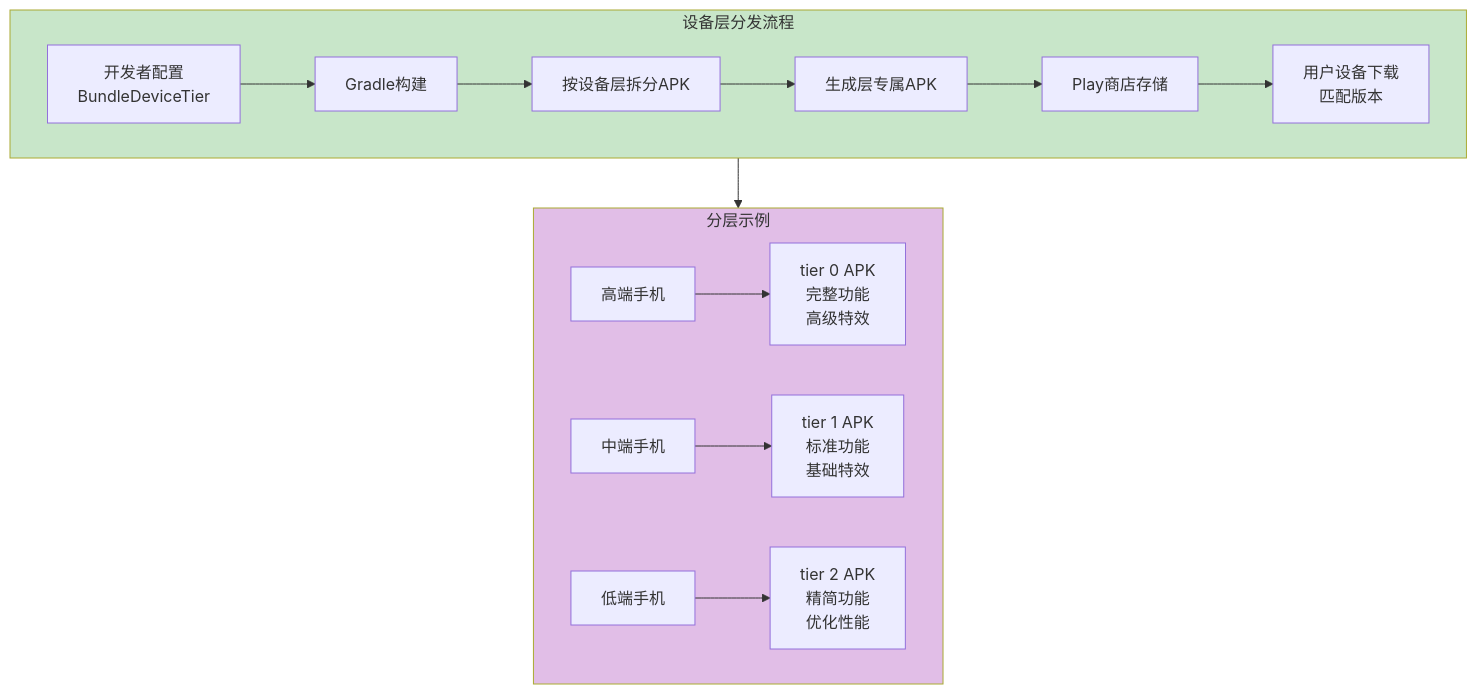
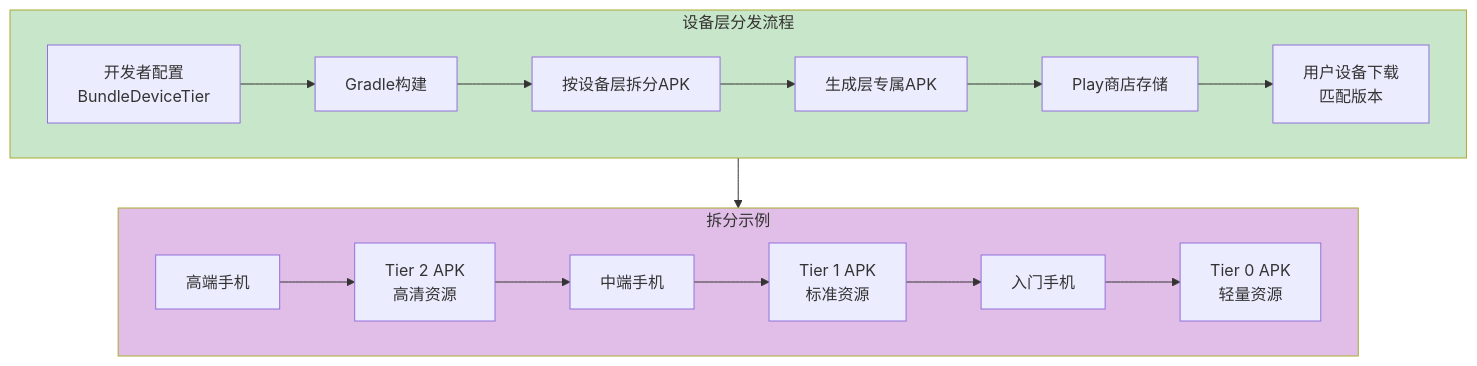
The third of 5 diagrams in AndroidDeveloperGuideStory/Contents/vol21/21.1.95 捆绑设备层.md (Carrie-L/carrie-l.github.io), drawn with Mermaid before and after one commit. The commit also changed other lines of this file, not shown here.

Commit message:
feat(chapter-21.1.95): implement BundleDeviceTier device tier configuration chapter

````diff
--- a/AndroidDeveloperGuideStory/Contents/vol21/21.1.95 捆绑设备层.md
+++ b/AndroidDeveloperGuideStory/Contents/vol21/21.1.95 捆绑设备层.md
@@ -183,25 +188,27 @@
 ```mermaid
 flowchart TB
     subgraph Process["设备层分发流程"]
         
         P1[开发者配置<br/>BundleDeviceTier] --> P2[Gradle构建]
         P2 --> P3[按设备层拆分APK]
         P3 --> P4[生成层专属APK]
         P4 --> P5[Play商店存储]
         P5 --> P6[用户设备下载<br/>匹配版本]
         
     end
     
-    subgraph Example["分层示例"]
+    subgraph Example["拆分示例"]
         
-        E1[高端手机] --> E2[tier 0 APK<br/>完整功能<br/>高级特效]
-        E3[中端手机] --> E4[tier 1 APK<br/>标准功能<br/>基础特效]
-        E5[低端手机] --> E6[tier 2 APK<br/>精简功能<br/>优化性能]
+        E1[高端手机] --> E2[Tier 2 APK<br/>高清资源]
+        E2 --> E3[中端手机]
+        E3 --> E4[Tier 1 APK<br/>标准资源]
+        E4 --> E5[入门手机]
+        E5 --> E6[Tier 0 APK<br/>轻量资源]
         
     end
     
     Process --> Example
     
     style Process fill:#c8e6c9
     style Example fill:#e1bee7
 ```
````
